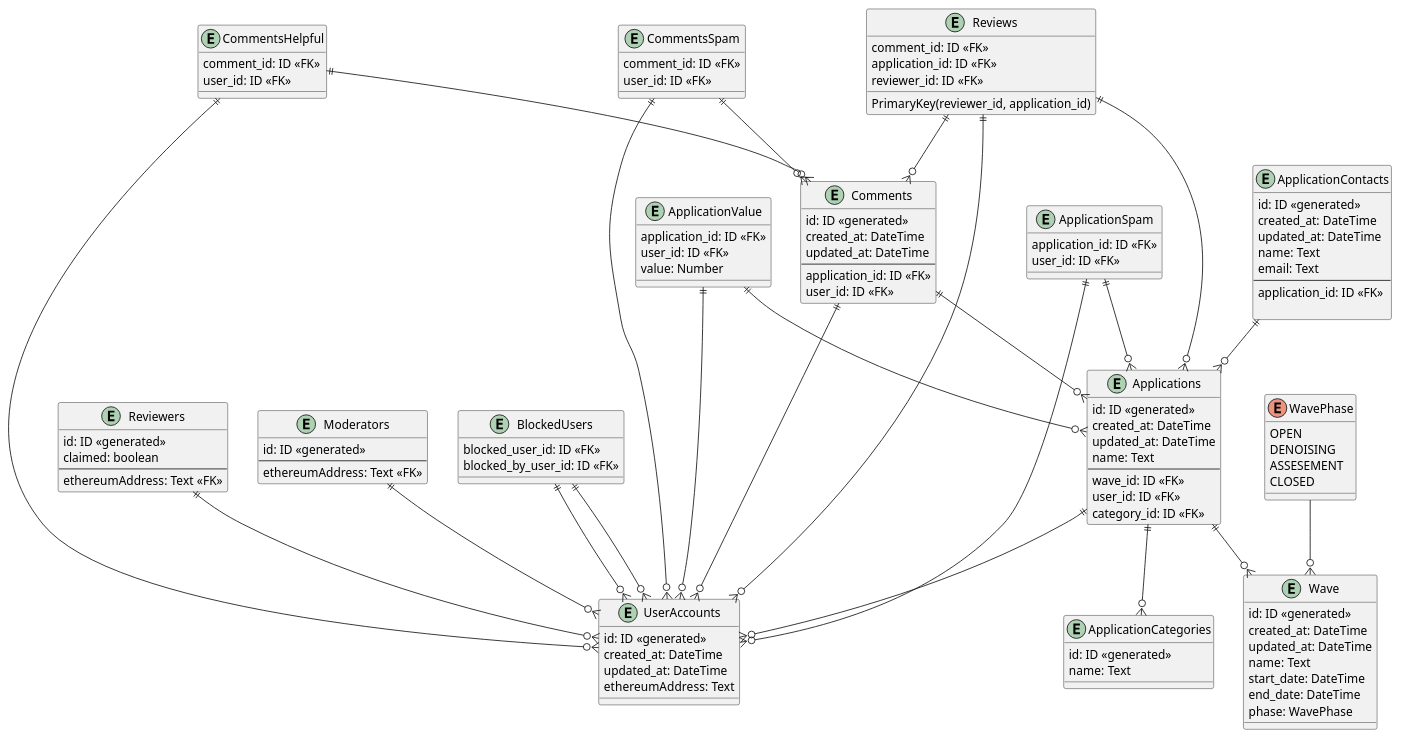
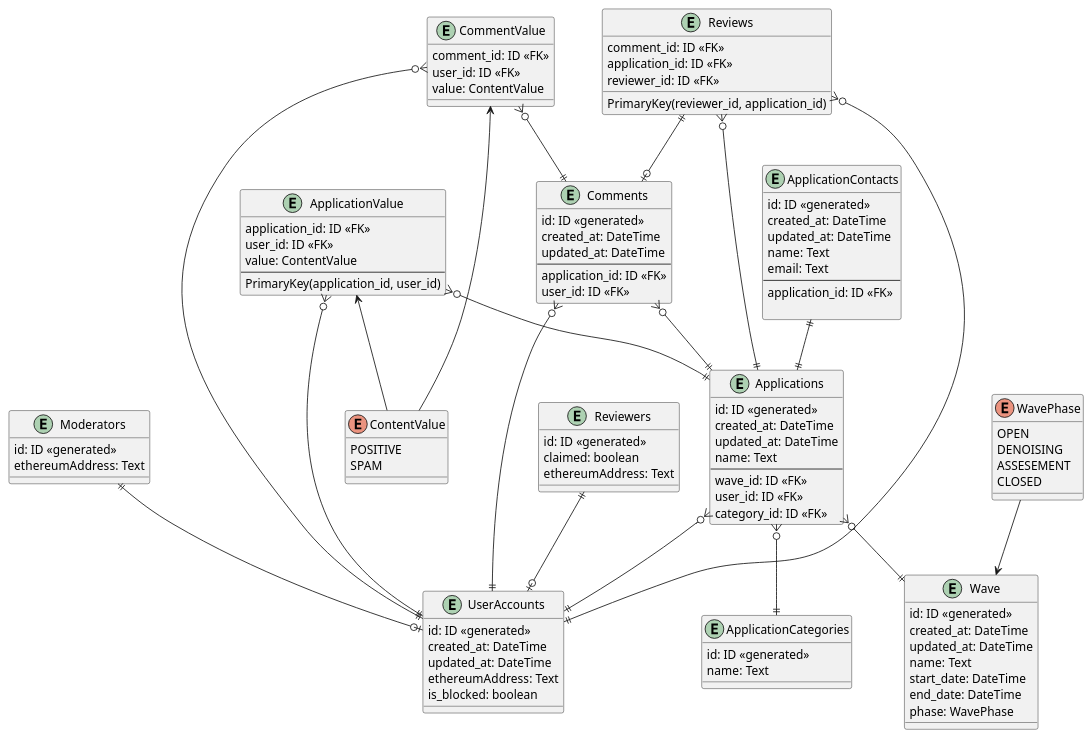
The diagram in diagrams/database.puml (WallfacerLabs/popgdp), drawn with PlantUML before and after one commit.

Commit message:
Update db diagram

```diff
--- a/diagrams/database.puml
+++ b/diagrams/database.puml
@@ -1,138 +1,126 @@
 @startuml
 
 entity UserAccounts {
     id: ID <<generated>>
     created_at: DateTime
     updated_at: DateTime
     ethereumAddress: Text
+    is_blocked: boolean
 }
 
-'if account type is managed by ethereum address then best way will be to store it in separate tables
 entity Reviewers {
     id: ID <<generated>>
     claimed: boolean
-    --
-    ethereumAddress: Text <<FK>>/'(? depends on requirements)'/
+    ethereumAddress: Text
 }
 
 entity Moderators {
     id: ID <<generated>>
-    --
-    ethereumAddress: Text <<FK>>/'(? depends on requirements)'/
-}
-
-entity BlockedUsers {
-    blocked_user_id: ID <<FK>>
-    blocked_by_user_id: ID <<FK>>
+    ethereumAddress: Text 
 }
 
 entity Applications {
     id: ID <<generated>>
     created_at: DateTime
     updated_at: DateTime
     name: Text
     --
     wave_id: ID <<FK>>
     user_id: ID <<FK>>
     category_id: ID <<FK>>
 }
 
 'private data of application
 entity ApplicationContacts {
     id: ID <<generated>>
     created_at: DateTime
     updated_at: DateTime
     name: Text
     email: Text
     --
     application_id: ID <<FK>>
 
 }
 
 entity ApplicationCategories {
     id: ID <<generated>>
     name: Text
 }
 
-entity ApplicationSpam {
-    application_id: ID <<FK>>
-    user_id: ID <<FK>>
-}
-
 entity ApplicationValue {
     application_id: ID <<FK>>
     user_id: ID <<FK>>
-    value: Number
+    value: ContentValue
+    --
+    PrimaryKey(application_id, user_id)
 }
 
 entity Comments {
     id: ID <<generated>>
     created_at: DateTime
     updated_at: DateTime
     --
     application_id: ID <<FK>>
     user_id: ID <<FK>>
 }
 
-entity CommentsSpam {
+entity CommentValue {
     comment_id: ID <<FK>>
     user_id: ID <<FK>>
+    value: ContentValue
 }
 
-entity CommentsHelpful {
-    comment_id: ID <<FK>>
-    user_id: ID <<FK>>
+enum ContentValue {
+    POSITIVE
+    SPAM
 }
 
 entity Reviews {
     comment_id: ID <<FK>>
     application_id: ID <<FK>>
     reviewer_id: ID <<FK>>
 
     PrimaryKey(reviewer_id, application_id)
 }
 
 entity Wave {
     id: ID <<generated>>
     created_at: DateTime
     updated_at: DateTime 
     name: Text
     start_date: DateTime
     end_date: DateTime
     phase: WavePhase
   
 }
 
-Reviewers ||--o{ UserAccounts
-Moderators ||--o{ UserAccounts
-Applications ||--o{ Wave
-Applications ||--o{ UserAccounts
-Comments ||--o{ Applications
-Comments ||--o{ UserAccounts
-Reviews ||--o{ Comments
-Reviews ||--o{ Applications
-Reviews ||--o{ UserAccounts
-ApplicationContacts ||--o{ Applications
-BlockedUsers ||--o{ UserAccounts
-BlockedUsers ||--o{ UserAccounts
-Applications ||--o{ ApplicationCategories
-ApplicationSpam ||--o{ Applications
-ApplicationSpam ||--o{ UserAccounts
-CommentsSpam ||--o{ Comments
-CommentsSpam ||--o{ UserAccounts
-CommentsHelpful ||--o{ Comments
-CommentsHelpful ||--o{ UserAccounts
-ApplicationValue ||--o{ Applications
-ApplicationValue ||--o{ UserAccounts
+Reviewers ||--o| UserAccounts
+Moderators ||--o| UserAccounts
+Applications }o--|| Wave
+Applications }o--|| UserAccounts
+Comments }o--|| Applications
+Comments }o--|| UserAccounts
+Reviews ||--o| Comments
+Reviews }o--|| Applications
+Reviews }o--|| UserAccounts
+ApplicationContacts ||--|| Applications
+Applications }o--|| ApplicationCategories
+CommentValue }o--|| Comments
+CommentValue }o--|| UserAccounts
+ApplicationValue }o--|| Applications
+ApplicationValue }o--|| UserAccounts
 
 
 enum WavePhase {
     OPEN
     DENOISING
     ASSESEMENT
     CLOSED
 }
 
-WavePhase --o{ Wave
+WavePhase --> Wave
+
+CommentValue <-- ContentValue
+ApplicationValue <-- ContentValue
 
 @enduml
```
